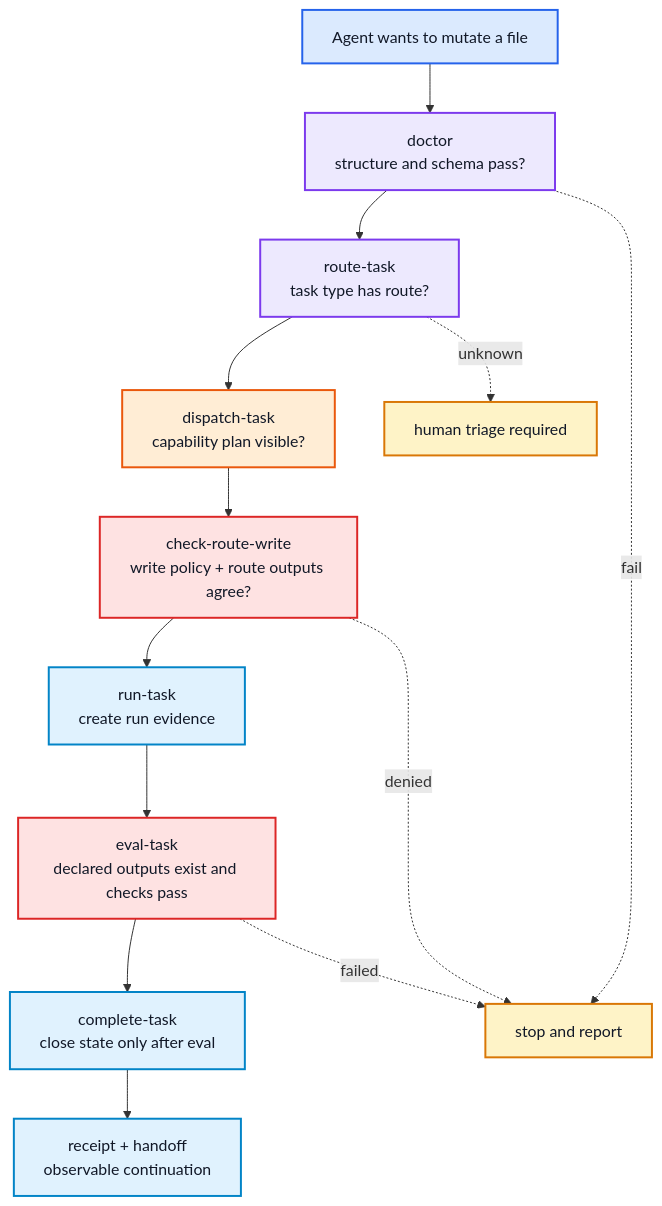
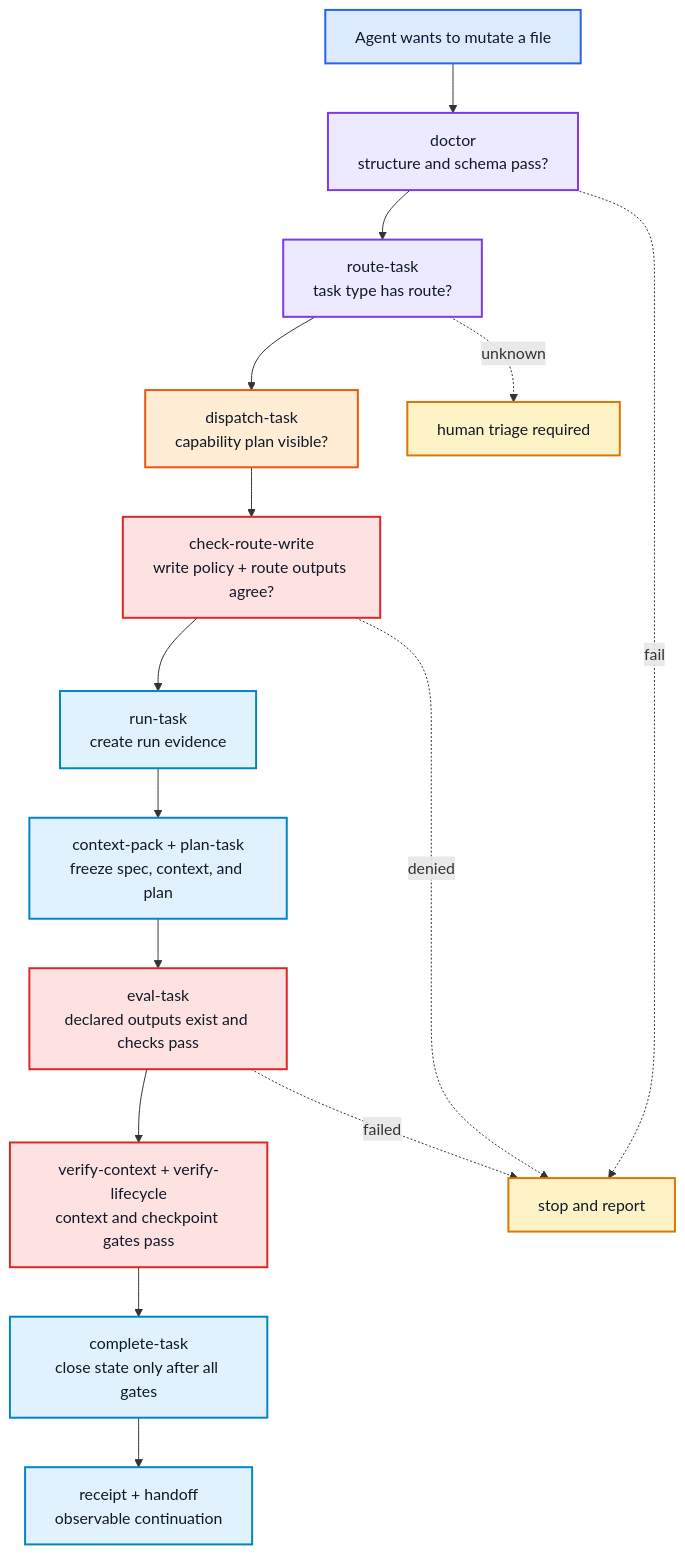
One commit to Fly-Carrot/KnowledgeOS changed the third of 3 diagrams in docs/agentos-architecture.md. Above: the diagram before and after it, drawn with Mermaid. The commit also changed other lines of this file and 25 other files, not shown here.

Commit message:
Add spec context and plan gates

````diff
--- a/docs/agentos-architecture.md
+++ b/docs/agentos-architecture.md
@@ -437,23 +441,25 @@
 ```mermaid
 flowchart TB
     Start["Agent wants to mutate a file"]:::shell --> Doctor["doctor\nstructure and schema pass?"]:::control
     Doctor --> Route["route-task\ntask type has route?"]:::control
     Route --> Dispatch["dispatch-task\ncapability plan visible?"]:::capability
     Dispatch --> Write["check-route-write\nwrite policy + route outputs agree?"]:::guard
     Write --> Run["run-task\ncreate run evidence"]:::kernel
-    Run --> Eval["eval-task\ndeclared outputs exist and checks pass"]:::guard
-    Eval --> Complete["complete-task\nclose state only after eval"]:::kernel
+    Run --> Context["context-pack + plan-task\nfreeze spec, context, and plan"]:::kernel
+    Context --> Eval["eval-task\ndeclared outputs exist and checks pass"]:::guard
+    Eval --> Verify["verify-context + verify-lifecycle\ncontext and checkpoint gates pass"]:::guard
+    Verify --> Complete["complete-task\nclose state only after all gates"]:::kernel
     Complete --> Receipt["receipt + handoff\nobservable continuation"]:::kernel
 
     Doctor -. fail .-> Stop["stop and report"]:::human
     Route -. unknown .-> Triage["human triage required"]:::human
     Write -. denied .-> Stop
     Eval -. failed .-> Stop
 
     classDef shell fill:#dbeafe,stroke:#2563eb,color:#111827,stroke-width:2px;
     classDef control fill:#ede9fe,stroke:#7c3aed,color:#111827,stroke-width:2px;
     classDef capability fill:#ffedd5,stroke:#ea580c,color:#111827,stroke-width:2px;
     classDef guard fill:#fee2e2,stroke:#dc2626,color:#111827,stroke-width:2px;
     classDef kernel fill:#e0f2fe,stroke:#0284c7,color:#111827,stroke-width:2px;
     classDef human fill:#fef3c7,stroke:#d97706,color:#111827,stroke-width:2px;
 ```
````
